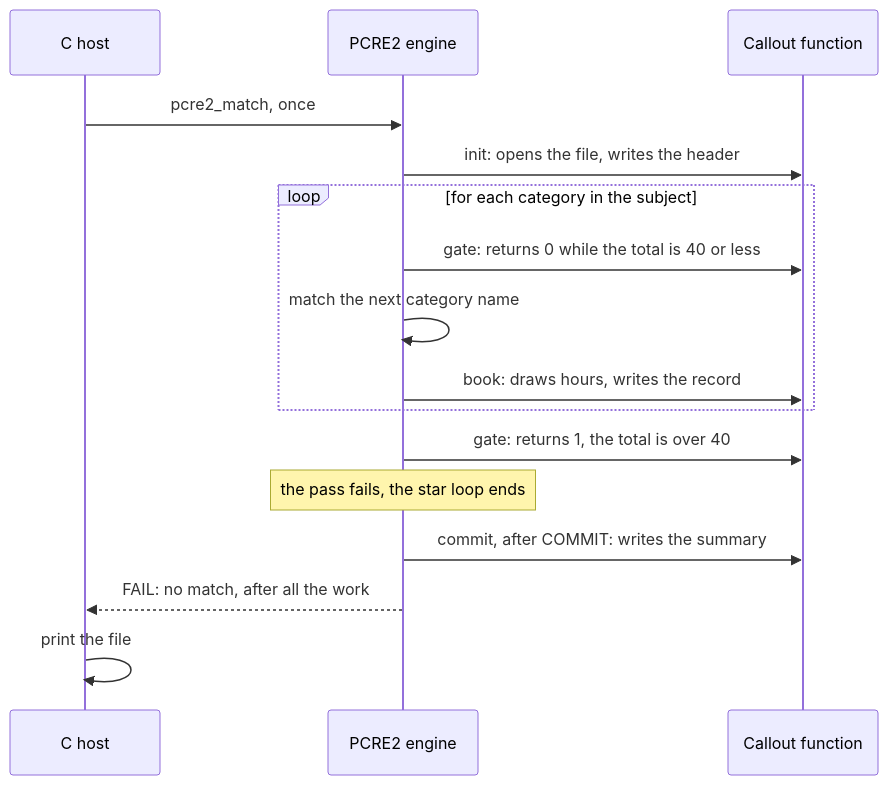
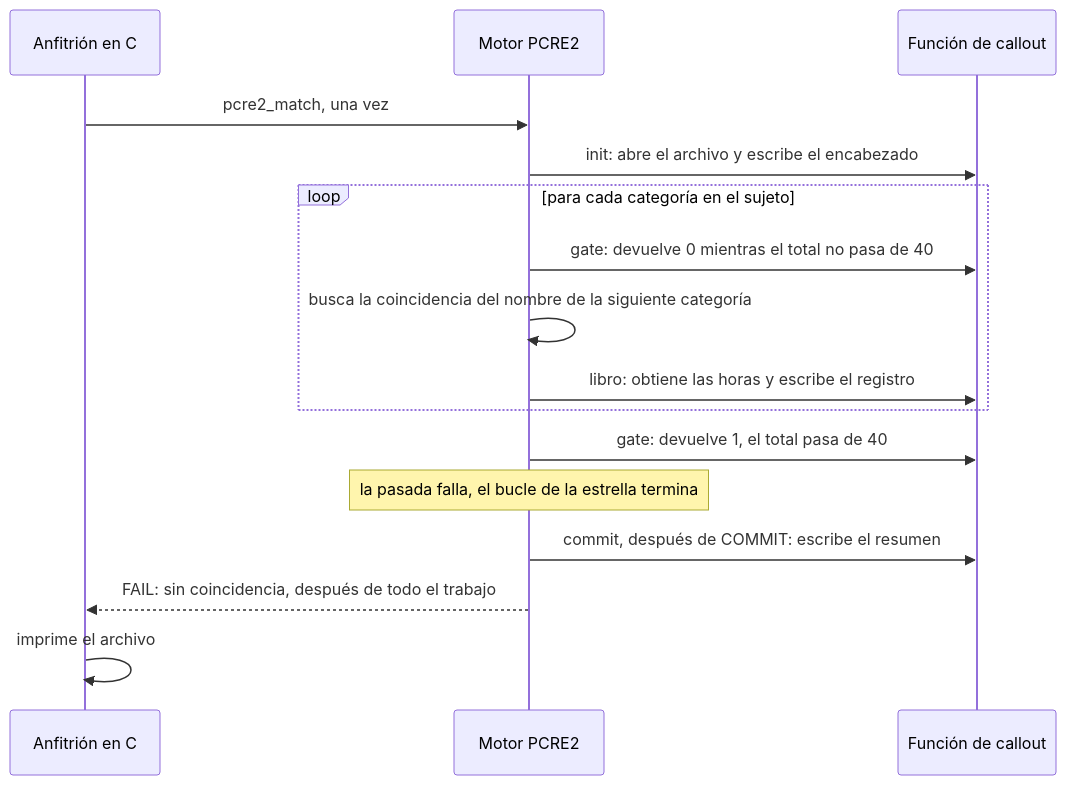
Before and after one commit to dullroar/aprende-a-programar-como-un-bicho-raro: the diagram in src/regex-pcre2/README.md, drawn with Mermaid. The commit also changed other lines of this file and 15 other files, not shown here.

Commit message:
loop(P4-src-12): src/regex-dotnet, src/regex-pcre2 and src/regex-pcre2grep READMEs translated (154 segments); I22, I3, I25, I15 and front-matter fixes, verb, product-name and exit-code waivers; H012 recorded; anchors relinked

````diff
--- a/src/regex-pcre2/README.md
+++ b/src/regex-pcre2/README.md
@@ -54,20 +54,20 @@
 ```mermaid
 sequenceDiagram
-    accTitle: regex-pcre2: the engine calls back into C at each callout
-    accDescr: A sequence diagram. The C host compiles the pattern and calls pcre2_match once. The engine reaches an init callout, and the host opens the scratch file and writes the header. For each category, the engine reaches a gate callout, which returns 0 while the total is 40 or less. The engine matches the next category name from the subject, and then reaches a book callout, where the host draws hours and writes the record. When the gate returns 1, because the total is over 40, that pass fails and the star loop ends. The commit verb forbids retrying fewer passes, and a commit callout writes the summary and closes the file. A final fail verb makes the match return no match, and the host prints the file.
-    participant H as C host
-    participant E as PCRE2 engine
-    participant K as Callout function
-    H->>E: pcre2_match, once
-    E->>K: init: opens the file, writes the header
-    loop for each category in the subject
-        E->>K: gate: returns 0 while the total is 40 or less
-        E->>E: match the next category name
-        E->>K: book: draws hours, writes the record
+    accTitle: regex-pcre2: el motor llama de vuelta a C en cada callout
+    accDescr: Un diagrama de secuencia. El anfitrión en C compila el patrón y llama a pcre2_match una sola vez. El motor llega a un callout init y el anfitrión abre el archivo temporal y escribe el encabezado. Para cada categoría, el motor llega a un callout gate, que devuelve 0 mientras el total no pase de 40. El motor busca la coincidencia del siguiente nombre de categoría en la cadena de entrada y luego llega a un callout book, donde el anfitrión sortea las horas y escribe el registro. Cuando el callout gate devuelve 1, porque el total pasa de 40, esa pasada falla y el bucle con asterisco termina. El verbo commit prohíbe reintentar con menos pasadas y un callout commit escribe el resumen y cierra el archivo. Un verbo fail final hace que la búsqueda no encuentre coincidencia y el anfitrión imprime el archivo.
+    participant H as Anfitrión en C
+    participant E as Motor PCRE2
+    participant K as Función de callout
+    H->>E: pcre2_match, una vez
+    E->>K: init: abre el archivo y escribe el encabezado
+    loop para cada categoría en el sujeto
+        E->>K: gate: devuelve 0 mientras el total no pasa de 40
+        E->>E: busca la coincidencia del nombre de la siguiente categoría
+        E->>K: libro: obtiene las horas y escribe el registro
     end
-    E->>K: gate: returns 1, the total is over 40
-    Note over E: the pass fails, the star loop ends
-    E->>K: commit, after COMMIT: writes the summary
-    E-->>H: FAIL: no match, after all the work
-    H->>H: print the file
+    E->>K: gate: devuelve 1, el total pasa de 40
+    Note over E: la pasada falla, el bucle de la estrella termina
+    E->>K: commit, después de COMMIT: escribe el resumen
+    E-->>H: FAIL: sin coincidencia, después de todo el trabajo
+    H->>H: imprime el archivo
 ```
````
